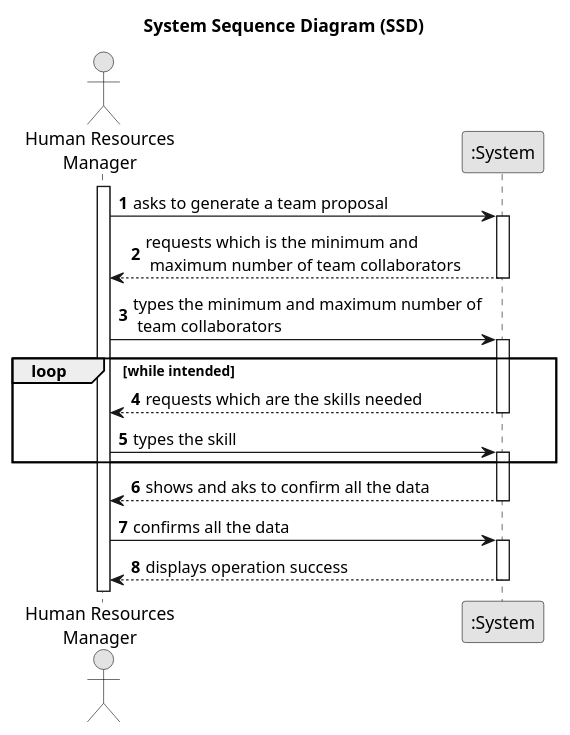
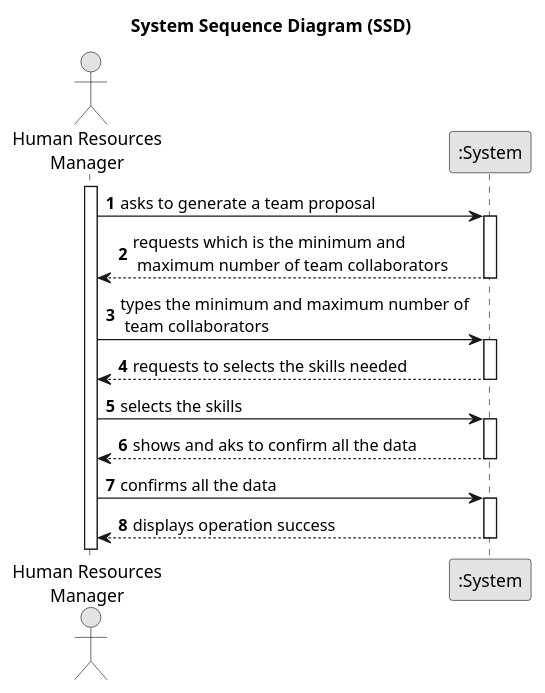
Before and after one commit to 1231360-ISEP/lei-24-s2-1db-g021: the diagram in docs/sprint2/us005/01.requirements-engineering/puml/us005-system-sequence-diagram.puml, drawn with PlantUML. The commit also changed 5 other files, not shown here.

Commit message:
Update US01 and US05 - Sequence Diagrams and SVG´s

```diff
--- a/docs/sprint2/us005/01.requirements-engineering/puml/us005-system-sequence-diagram.puml
+++ b/docs/sprint2/us005/01.requirements-engineering/puml/us005-system-sequence-diagram.puml
@@ -1,42 +1,41 @@
 @startuml
 skinparam monochrome true
 skinparam packageStyle rectangle
 skinparam shadowing false
 
 title System Sequence Diagram (SSD)
 
 autonumber
 
 actor "Human Resources\nManager" as HRM
 participant ":System" as System
 
 activate HRM
 
     HRM -> System : asks to generate a team proposal
     activate System
 
         System --> HRM : requests which is the minimum and\n maximum number of team collaborators
     deactivate System
 
     HRM -> System : types the minimum and maximum number of\n team collaborators
     activate System
 
-    loop while intended
-            System --> HRM : requests which are the skills needed
-        deactivate System
+        System --> HRM : requests to selects the skills needed
+    deactivate System
 
-        HRM -> System : types the skill
-        activate System
-    end
+    HRM -> System : selects the skills
+    activate System
+
 
         System --> HRM : shows and aks to confirm all the data
     deactivate System
 
     HRM -> System : confirms all the data
     activate System
 
         System --> HRM : displays operation success
     deactivate System
 
 
 @enduml
```
